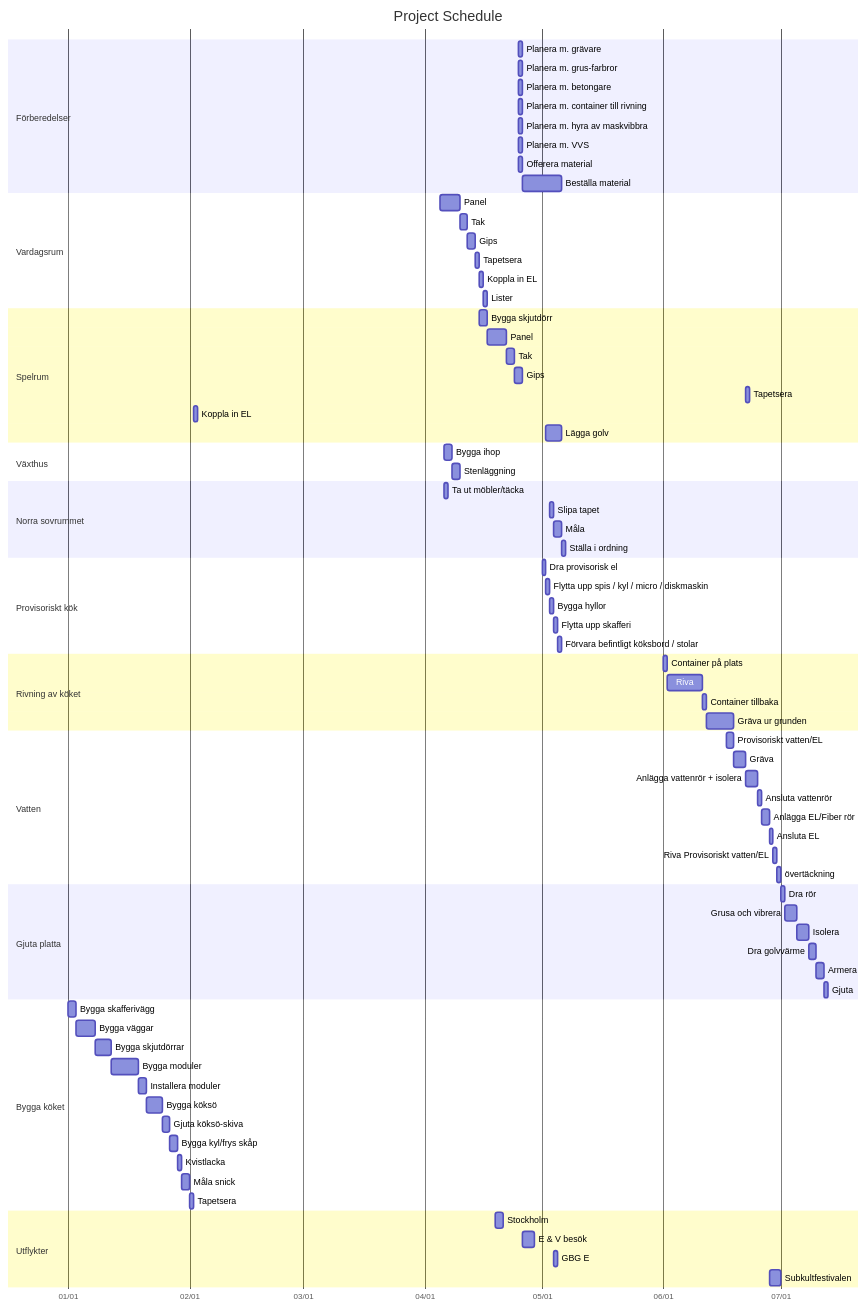
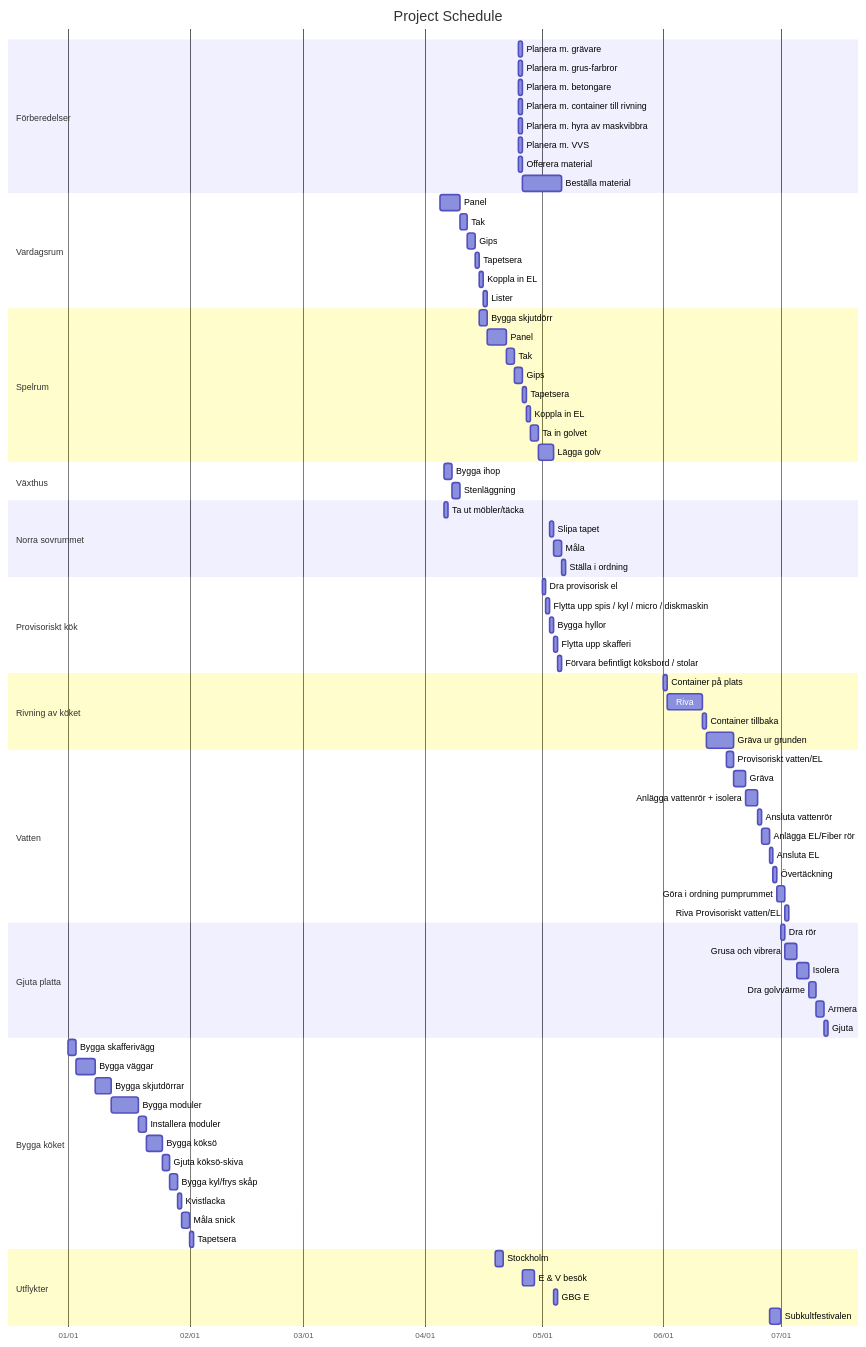
Before and after one commit to masv3971/k-ksrenovering: the diagram in schema.md, drawn with Mermaid.

Commit message:
Add planning.

```diff
--- a/schema.md
+++ b/schema.md
@@ -19,7 +19,7 @@
         section EL-central
 
         section Vardagsrum
-        Panel           : p-var,        2024-04-05,     5d
+        Panel           : p-var,        2024-04-05,         5d
         Tak             : t-var,        after p-var,        2d
         Gips            : g-var,        after t-var,        2d
         Tapetsera       : tapet-var,    after g-var,        1d
@@ -28,13 +28,14 @@
 
 
         section Spelrum
-        Bygga skjutdörr : door,     2024-04-15,     2d
-        Panel           : p,        after door,     5d
-        Tak             : t,        after p,        2d
-        Gips            : g,        after t,        2d
-        Tapetsera       : tap,      after g,        1d
-        Koppla in EL    : el,       after tap,      1d
-        Lägga golv      : floor,    after el,       4d
+        Bygga skjutdörr : door-spel,        2024-04-15,         2d
+        Panel           : panel-spel,       after door-spel,    5d
+        Tak             : tak-spel,         after panel-spel,   2d
+        Gips            : gips-spel,        after tak-spel,     2d
+        Tapetsera       : tapet-spel,       after gips-spel,    1d
+        Koppla in EL    : el-spel,          after tapet-spel,   1d
+        Ta in golvet    : in-park,          after el-spel,      2d
+        Lägga golv      : floor-spel,       after in-park,      4d
 
 
         section Växthus
@@ -63,6 +64,7 @@
         Container tillbaka  :   c-0,        after riva, 1d
         Gräva ur grunden :      gr,         after c-0,  7d
         
+
         section Vatten
         Provisoriskt vatten/EL      : p-el,             2024-06-17,             2d
         Gräva                       : g,                after p-el,             3d
@@ -70,8 +72,9 @@
         Ansluta vattenrör           : ans-v,            after v-iso,            1d
         Anlägga EL/Fiber rör        : anl-el,           after ans-v,            2d
         Ansluta EL                  : ans-el,           after anl-el,           1d
-        Riva Provisoriskt vatten/EL : riv-el-vatten,    after ans-el,           1d
-        övertäckning                : over,             after riv-el-vatten,    1d
+        Övertäckning                : over,             after ans-el,           1d
+        Göra i ordning pumprummet   : pumprum,          after over,             2d 
+        Riva Provisoriskt vatten/EL : riv-el-vatten,    after pumprum,          1d
 
 
         section Gjuta platta
```
